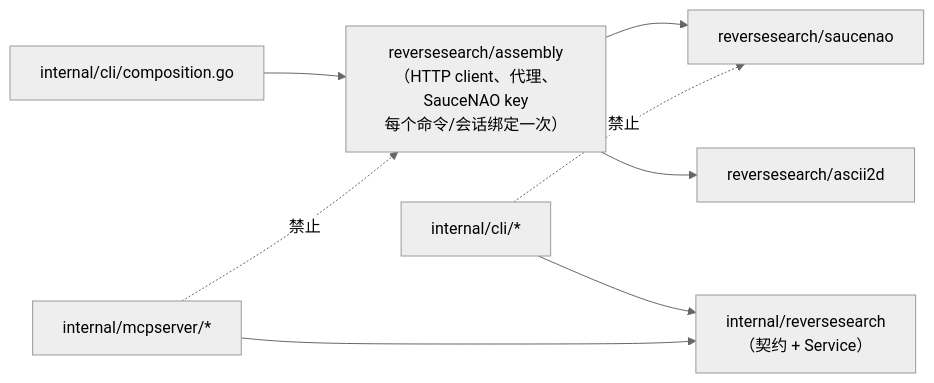
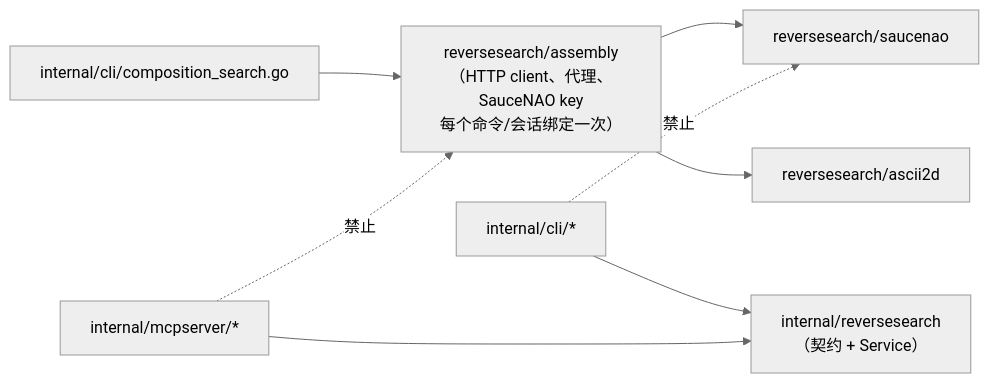
Before and after one commit to FlanChanXwO/pixiv-cli: the third of 5 diagrams in docs/zh-CN/maintainers/architecture.md, drawn with Mermaid (neutral theme). The commit also changed other lines of this file and 26 other files, not shown here.

````diff
--- a/docs/zh-CN/maintainers/architecture.md
+++ b/docs/zh-CN/maintainers/architecture.md
@@ -149,10 +177,10 @@
 ```mermaid
 flowchart LR
-    COMP["internal/cli/composition.go"] --> ASM["reversesearch/assembly<br/>（HTTP client、代理、SauceNAO key<br/>每个命令/会话绑定一次）"]
+    COMP["internal/cli/composition_search.go"] --> ASM["reversesearch/assembly<br/>（HTTP client、代理、SauceNAO key<br/>每个命令/会话绑定一次）"]
     ASM --> SN["reversesearch/saucenao"]
     ASM --> A2["reversesearch/ascii2d"]
     CMDS["internal/cli/*"] --> TOP["internal/reversesearch<br/>（契约 + Service）"]
     MCPS["internal/mcpserver/*"] --> TOP
     CMDS -.->|禁止| SN
     MCPS -.->|禁止| ASM
 ```
````
